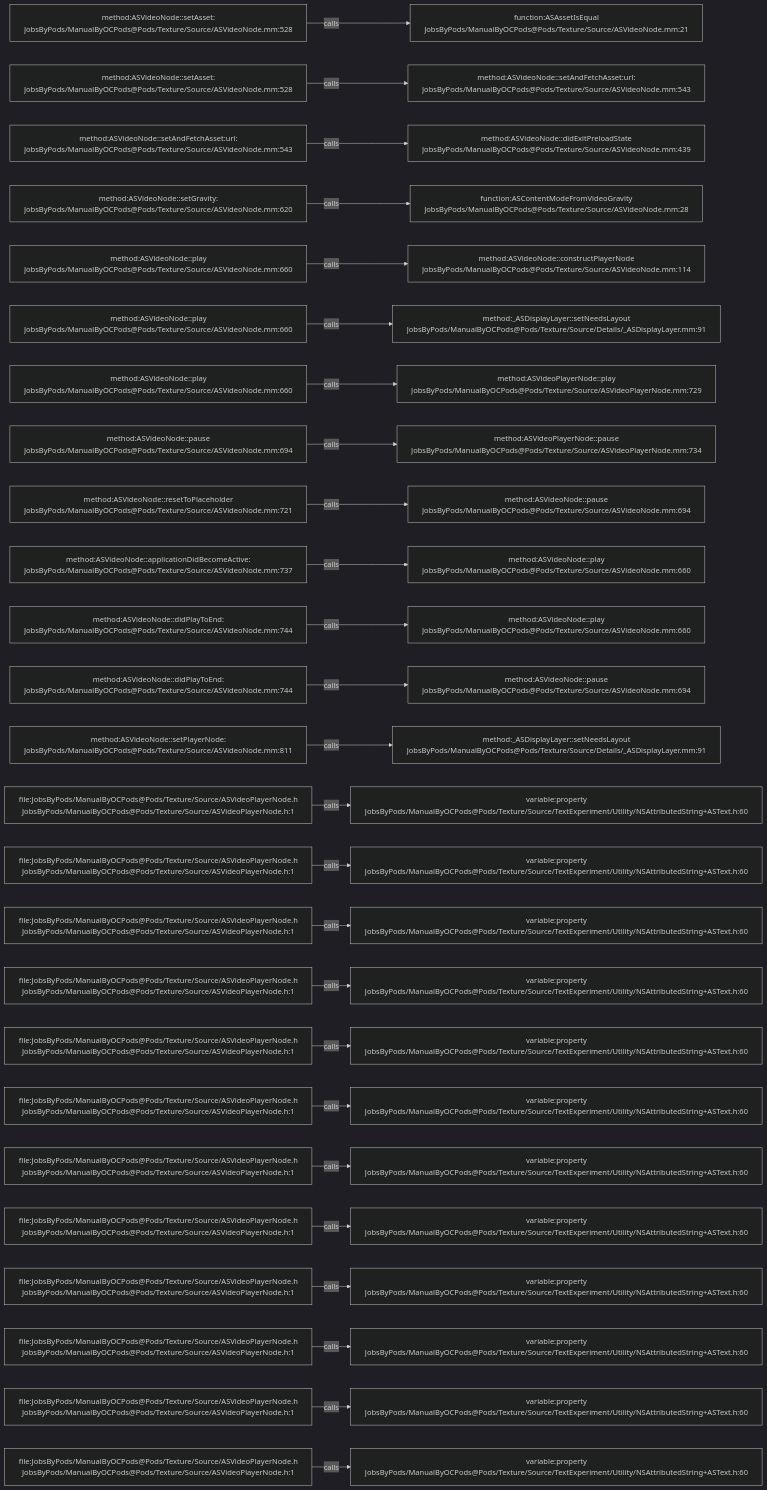
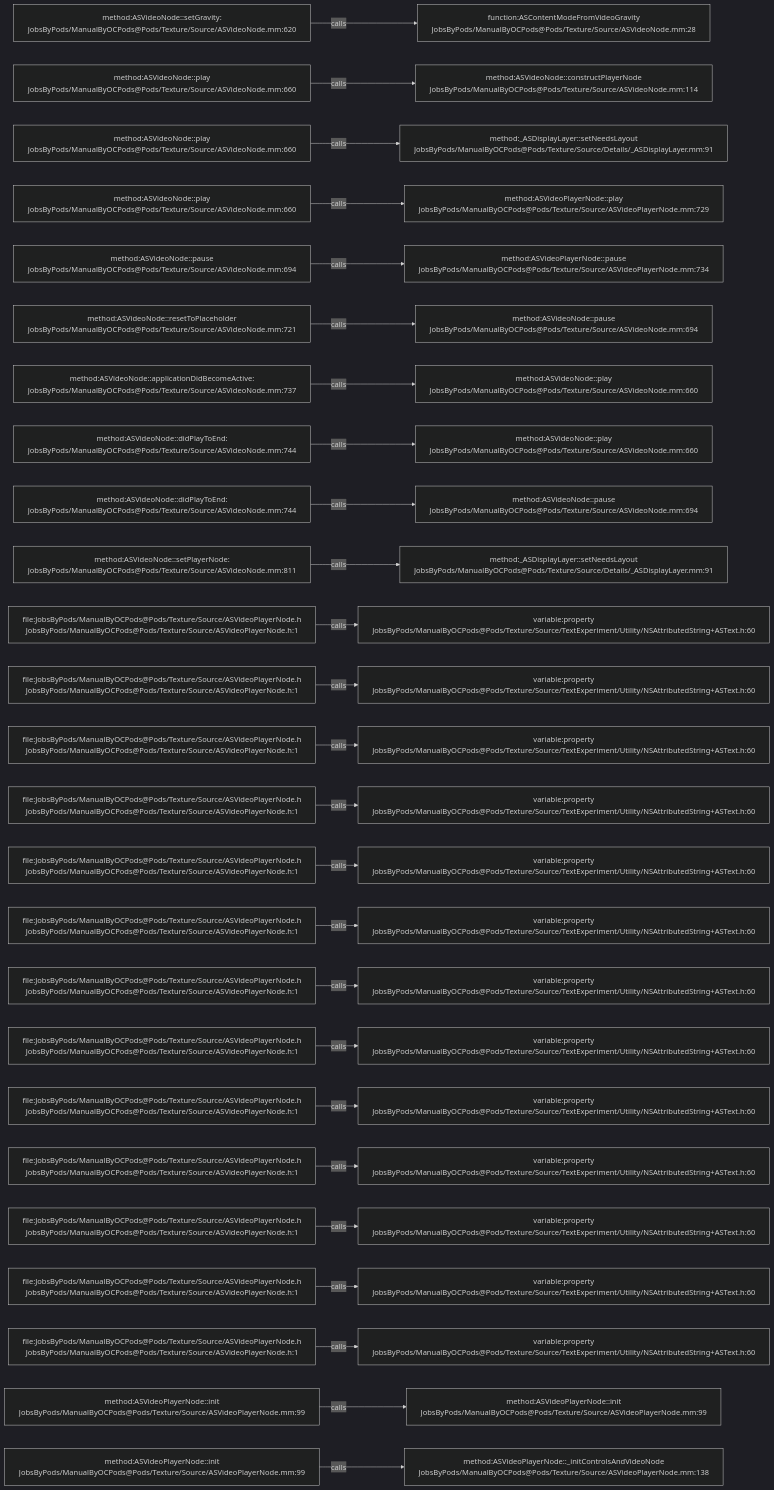
Before and after one commit to JobsKits/JobsOCBaseConfigDemo: the diagram in .codegraph/codegraph.md/graphs/calls-146.md, drawn with Mermaid (dark theme). The commit also changed 342 other files, not shown here.

````diff
--- a/.codegraph/codegraph.md/graphs/calls-146.md
+++ b/.codegraph/codegraph.md/graphs/calls-146.md
@@ -13,78 +13,78 @@
 ```mermaid
 flowchart LR
-  S1["method:ASVideoNode::setAsset:<br/>JobsByPods/ManualByOCPods@Pods/Texture/Source/ASVideoNode.mm:528"]
-  T1["function:ASAssetIsEqual<br/>JobsByPods/ManualByOCPods@Pods/Texture/Source/ASVideoNode.mm:21"]
+  S1["method:ASVideoNode::setGravity:<br/>JobsByPods/ManualByOCPods@Pods/Texture/Source/ASVideoNode.mm:620"]
+  T1["function:ASContentModeFromVideoGravity<br/>JobsByPods/ManualByOCPods@Pods/Texture/Source/ASVideoNode.mm:28"]
   S1 -->|calls| T1
-  S2["method:ASVideoNode::setAsset:<br/>JobsByPods/ManualByOCPods@Pods/Texture/Source/ASVideoNode.mm:528"]
-  T2["method:ASVideoNode::setAndFetchAsset:url:<br/>JobsByPods/ManualByOCPods@Pods/Texture/Source/ASVideoNode.mm:543"]
+  S2["method:ASVideoNode::play<br/>JobsByPods/ManualByOCPods@Pods/Texture/Source/ASVideoNode.mm:660"]
+  T2["method:ASVideoNode::constructPlayerNode<br/>JobsByPods/ManualByOCPods@Pods/Texture/Source/ASVideoNode.mm:114"]
   S2 -->|calls| T2
-  S3["method:ASVideoNode::setAndFetchAsset:url:<br/>JobsByPods/ManualByOCPods@Pods/Texture/Source/ASVideoNode.mm:543"]
-  T3["method:ASVideoNode::didExitPreloadState<br/>JobsByPods/ManualByOCPods@Pods/Texture/Source/ASVideoNode.mm:439"]
+  S3["method:ASVideoNode::play<br/>JobsByPods/ManualByOCPods@Pods/Texture/Source/ASVideoNode.mm:660"]
+  T3["method:_ASDisplayLayer::setNeedsLayout<br/>JobsByPods/ManualByOCPods@Pods/Texture/Source/Details/_ASDisplayLayer.mm:91"]
   S3 -->|calls| T3
-  S4["method:ASVideoNode::setGravity:<br/>JobsByPods/ManualByOCPods@Pods/Texture/Source/ASVideoNode.mm:620"]
-  T4["function:ASContentModeFromVideoGravity<br/>JobsByPods/ManualByOCPods@Pods/Texture/Source/ASVideoNode.mm:28"]
+  S4["method:ASVideoNode::play<br/>JobsByPods/ManualByOCPods@Pods/Texture/Source/ASVideoNode.mm:660"]
+  T4["method:ASVideoPlayerNode::play<br/>JobsByPods/ManualByOCPods@Pods/Texture/Source/ASVideoPlayerNode.mm:729"]
   S4 -->|calls| T4
-  S5["method:ASVideoNode::play<br/>JobsByPods/ManualByOCPods@Pods/Texture/Source/ASVideoNode.mm:660"]
-  T5["method:ASVideoNode::constructPlayerNode<br/>JobsByPods/ManualByOCPods@Pods/Texture/Source/ASVideoNode.mm:114"]
+  S5["method:ASVideoNode::pause<br/>JobsByPods/ManualByOCPods@Pods/Texture/Source/ASVideoNode.mm:694"]
+  T5["method:ASVideoPlayerNode::pause<br/>JobsByPods/ManualByOCPods@Pods/Texture/Source/ASVideoPlayerNode.mm:734"]
   S5 -->|calls| T5
-  S6["method:ASVideoNode::play<br/>JobsByPods/ManualByOCPods@Pods/Texture/Source/ASVideoNode.mm:660"]
-  T6["method:_ASDisplayLayer::setNeedsLayout<br/>JobsByPods/ManualByOCPods@Pods/Texture/Source/Details/_ASDisplayLayer.mm:91"]
+  S6["method:ASVideoNode::resetToPlaceholder<br/>JobsByPods/ManualByOCPods@Pods/Texture/Source/ASVideoNode.mm:721"]
+  T6["method:ASVideoNode::pause<br/>JobsByPods/ManualByOCPods@Pods/Texture/Source/ASVideoNode.mm:694"]
   S6 -->|calls| T6
-  S7["method:ASVideoNode::play<br/>JobsByPods/ManualByOCPods@Pods/Texture/Source/ASVideoNode.mm:660"]
-  T7["method:ASVideoPlayerNode::play<br/>JobsByPods/ManualByOCPods@Pods/Texture/Source/ASVideoPlayerNode.mm:729"]
+  S7["method:ASVideoNode::applicationDidBecomeActive:<br/>JobsByPods/ManualByOCPods@Pods/Texture/Source/ASVideoNode.mm:737"]
+  T7["method:ASVideoNode::play<br/>JobsByPods/ManualByOCPods@Pods/Texture/Source/ASVideoNode.mm:660"]
   S7 -->|calls| T7
-  S8["method:ASVideoNode::pause<br/>JobsByPods/ManualByOCPods@Pods/Texture/Source/ASVideoNode.mm:694"]
-  T8["method:ASVideoPlayerNode::pause<br/>JobsByPods/ManualByOCPods@Pods/Texture/Source/ASVideoPlayerNode.mm:734"]
+  S8["method:ASVideoNode::didPlayToEnd:<br/>JobsByPods/ManualByOCPods@Pods/Texture/Source/ASVideoNode.mm:744"]
+  T8["method:ASVideoNode::play<br/>JobsByPods/ManualByOCPods@Pods/Texture/Source/ASVideoNode.mm:660"]
   S8 -->|calls| T8
-  S9["method:ASVideoNode::resetToPlaceholder<br/>JobsByPods/ManualByOCPods@Pods/Texture/Source/ASVideoNode.mm:721"]
+  S9["method:ASVideoNode::didPlayToEnd:<br/>JobsByPods/ManualByOCPods@Pods/Texture/Source/ASVideoNode.mm:744"]
   T9["method:ASVideoNode::pause<br/>JobsByPods/ManualByOCPods@Pods/Texture/Source/ASVideoNode.mm:694"]
   S9 -->|calls| T9
-  S10["method:ASVideoNode::applicationDidBecomeActive:<br/>JobsByPods/ManualByOCPods@Pods/Texture/Source/ASVideoNode.mm:737"]
-  T10["method:ASVideoNode::play<br/>JobsByPods/ManualByOCPods@Pods/Texture/Source/ASVideoNode.mm:660"]
+  S10["method:ASVideoNode::setPlayerNode:<br/>JobsByPods/ManualByOCPods@Pods/Texture/Source/ASVideoNode.mm:811"]
+  T10["method:_ASDisplayLayer::setNeedsLayout<br/>JobsByPods/ManualByOCPods@Pods/Texture/Source/Details/_ASDisplayLayer.mm:91"]
   S10 -->|calls| T10
-  S11["method:ASVideoNode::didPlayToEnd:<br/>JobsByPods/ManualByOCPods@Pods/Texture/Source/ASVideoNode.mm:744"]
-  T11["method:ASVideoNode::play<br/>JobsByPods/ManualByOCPods@Pods/Texture/Source/ASVideoNode.mm:660"]
+  S11["file:JobsByPods/ManualByOCPods@Pods/Texture/Source/ASVideoPlayerNode.h<br/>JobsByPods/ManualByOCPods@Pods/Texture/Source/ASVideoPlayerNode.h:1"]
+  T11["variable:property<br/>JobsByPods/ManualByOCPods@Pods/Texture/Source/TextExperiment/Utility/NSAttributedString+ASText.h:60"]
   S11 -->|calls| T11
-  S12["method:ASVideoNode::didPlayToEnd:<br/>JobsByPods/ManualByOCPods@Pods/Texture/Source/ASVideoNode.mm:744"]
-  T12["method:ASVideoNode::pause<br/>JobsByPods/ManualByOCPods@Pods/Texture/Source/ASVideoNode.mm:694"]
+  S12["file:JobsByPods/ManualByOCPods@Pods/Texture/Source/ASVideoPlayerNode.h<br/>JobsByPods/ManualByOCPods@Pods/Texture/Source/ASVideoPlayerNode.h:1"]
+  T12["variable:property<br/>JobsByPods/ManualByOCPods@Pods/Texture/Source/TextExperiment/Utility/NSAttributedString+ASText.h:60"]
   S12 -->|calls| T12
-  S13["method:ASVideoNode::setPlayerNode:<br/>JobsByPods/ManualByOCPods@Pods/Texture/Source/ASVideoNode.mm:811"]
-  T13["method:_ASDisplayLayer::setNeedsLayout<br/>JobsByPods/ManualByOCPods@Pods/Texture/Source/Details/_ASDisplayLayer.mm:91"]
+  S13["file:JobsByPods/ManualByOCPods@Pods/Texture/Source/ASVideoPlayerNode.h<br/>JobsByPods/ManualByOCPods@Pods/Texture/Source/ASVideoPlayerNode.h:1"]
+  T13["variable:property<br/>JobsByPods/ManualByOCPods@Pods/Texture/Source/TextExperiment/Utility/NSAttributedString+ASText.h:60"]
   S13 -->|calls| T13
   S14["file:JobsByPods/ManualByOCPods@Pods/Texture/Source/ASVideoPlayerNode.h<br/>JobsByPods/ManualByOCPods@Pods/Texture/Source/ASVideoPlayerNode.h:1"]
   T14["variable:property<br/>JobsByPods/ManualByOCPods@Pods/Texture/Source/TextExperiment/Utility/NSAttributedString+ASText.h:60"]
   S14 -->|calls| T14
   S15["file:JobsByPods/ManualByOCPods@Pods/Texture/Source/ASVideoPlayerNode.h<br/>JobsByPods/ManualByOCPods@Pods/Texture/Source/ASVideoPlayerNode.h:1"]
   T15["variable:property<br/>JobsByPods/ManualByOCPods@Pods/Texture/Source/TextExperiment/Utility/NSAttributedString+ASText.h:60"]
   S15 -->|calls| T15
   S16["file:JobsByPods/ManualByOCPods@Pods/Texture/Source/ASVideoPlayerNode.h<br/>JobsByPods/ManualByOCPods@Pods/Texture/Source/ASVideoPlayerNode.h:1"]
   T16["variable:property<br/>JobsByPods/ManualByOCPods@Pods/Texture/Source/TextExperiment/Utility/NSAttributedString+ASText.h:60"]
   S16 -->|calls| T16
   S17["file:JobsByPods/ManualByOCPods@Pods/Texture/Source/ASVideoPlayerNode.h<br/>JobsByPods/ManualByOCPods@Pods/Texture/Source/ASVideoPlayerNode.h:1"]
   T17["variable:property<br/>JobsByPods/ManualByOCPods@Pods/Texture/Source/TextExperiment/Utility/NSAttributedString+ASText.h:60"]
   S17 -->|calls| T17
   S18["file:JobsByPods/ManualByOCPods@Pods/Texture/Source/ASVideoPlayerNode.h<br/>JobsByPods/ManualByOCPods@Pods/Texture/Source/ASVideoPlayerNode.h:1"]
   T18["variable:property<br/>JobsByPods/ManualByOCPods@Pods/Texture/Source/TextExperiment/Utility/NSAttributedString+ASText.h:60"]
   S18 -->|calls| T18
   S19["file:JobsByPods/ManualByOCPods@Pods/Texture/Source/ASVideoPlayerNode.h<br/>JobsByPods/ManualByOCPods@Pods/Texture/Source/ASVideoPlayerNode.h:1"]
   T19["variable:property<br/>JobsByPods/ManualByOCPods@Pods/Texture/Source/TextExperiment/Utility/NSAttributedString+ASText.h:60"]
   S19 -->|calls| T19
   S20["file:JobsByPods/ManualByOCPods@Pods/Texture/Source/ASVideoPlayerNode.h<br/>JobsByPods/ManualByOCPods@Pods/Texture/Source/ASVideoPlayerNode.h:1"]
   T20["variable:property<br/>JobsByPods/ManualByOCPods@Pods/Texture/Source/TextExperiment/Utility/NSAttributedString+ASText.h:60"]
   S20 -->|calls| T20
   S21["file:JobsByPods/ManualByOCPods@Pods/Texture/Source/ASVideoPlayerNode.h<br/>JobsByPods/ManualByOCPods@Pods/Texture/Source/ASVideoPlayerNode.h:1"]
   T21["variable:property<br/>JobsByPods/ManualByOCPods@Pods/Texture/Source/TextExperiment/Utility/NSAttributedString+ASText.h:60"]
   S21 -->|calls| T21
   S22["file:JobsByPods/ManualByOCPods@Pods/Texture/Source/ASVideoPlayerNode.h<br/>JobsByPods/ManualByOCPods@Pods/Texture/Source/ASVideoPlayerNode.h:1"]
   T22["variable:property<br/>JobsByPods/ManualByOCPods@Pods/Texture/Source/TextExperiment/Utility/NSAttributedString+ASText.h:60"]
   S22 -->|calls| T22
   S23["file:JobsByPods/ManualByOCPods@Pods/Texture/Source/ASVideoPlayerNode.h<br/>JobsByPods/ManualByOCPods@Pods/Texture/Source/ASVideoPlayerNode.h:1"]
   T23["variable:property<br/>JobsByPods/ManualByOCPods@Pods/Texture/Source/TextExperiment/Utility/NSAttributedString+ASText.h:60"]
   S23 -->|calls| T23
-  S24["file:JobsByPods/ManualByOCPods@Pods/Texture/Source/ASVideoPlayerNode.h<br/>JobsByPods/ManualByOCPods@Pods/Texture/Source/ASVideoPlayerNode.h:1"]
-  T24["variable:property<br/>JobsByPods/ManualByOCPods@Pods/Texture/Source/TextExperiment/Utility/NSAttributedString+ASText.h:60"]
+  S24["method:ASVideoPlayerNode::init<br/>JobsByPods/ManualByOCPods@Pods/Texture/Source/ASVideoPlayerNode.mm:99"]
+  T24["method:ASVideoPlayerNode::init<br/>JobsByPods/ManualByOCPods@Pods/Texture/Source/ASVideoPlayerNode.mm:99"]
   S24 -->|calls| T24
-  S25["file:JobsByPods/ManualByOCPods@Pods/Texture/Source/ASVideoPlayerNode.h<br/>JobsByPods/ManualByOCPods@Pods/Texture/Source/ASVideoPlayerNode.h:1"]
-  T25["variable:property<br/>JobsByPods/ManualByOCPods@Pods/Texture/Source/TextExperiment/Utility/NSAttributedString+ASText.h:60"]
+  S25["method:ASVideoPlayerNode::init<br/>JobsByPods/ManualByOCPods@Pods/Texture/Source/ASVideoPlayerNode.mm:99"]
+  T25["method:ASVideoPlayerNode::_initControlsAndVideoNode<br/>JobsByPods/ManualByOCPods@Pods/Texture/Source/ASVideoPlayerNode.mm:138"]
   S25 -->|calls| T25
 ```
````
